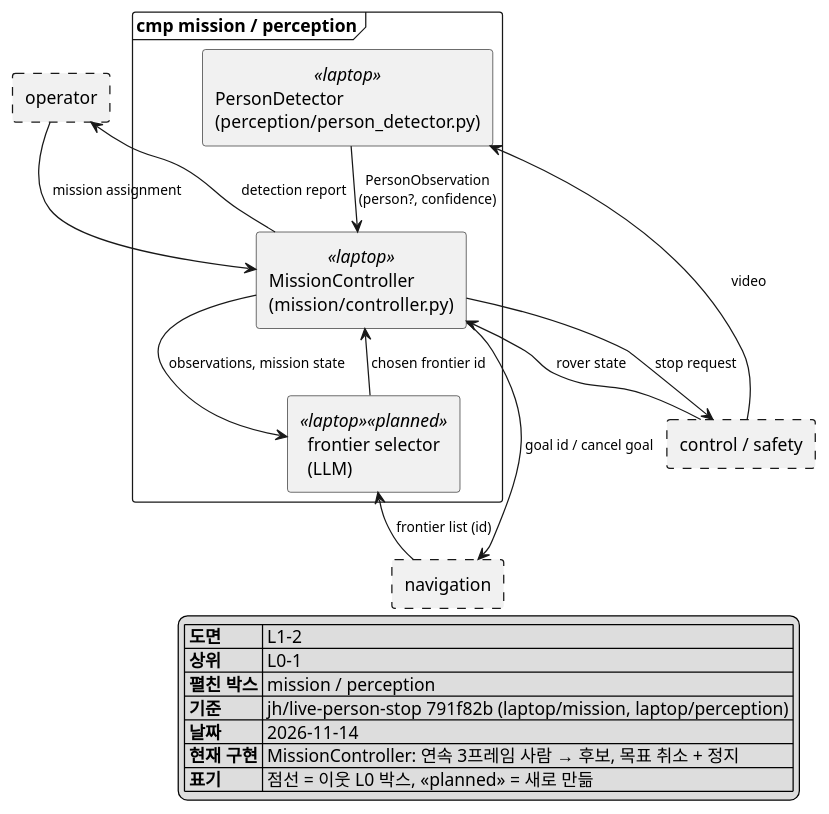
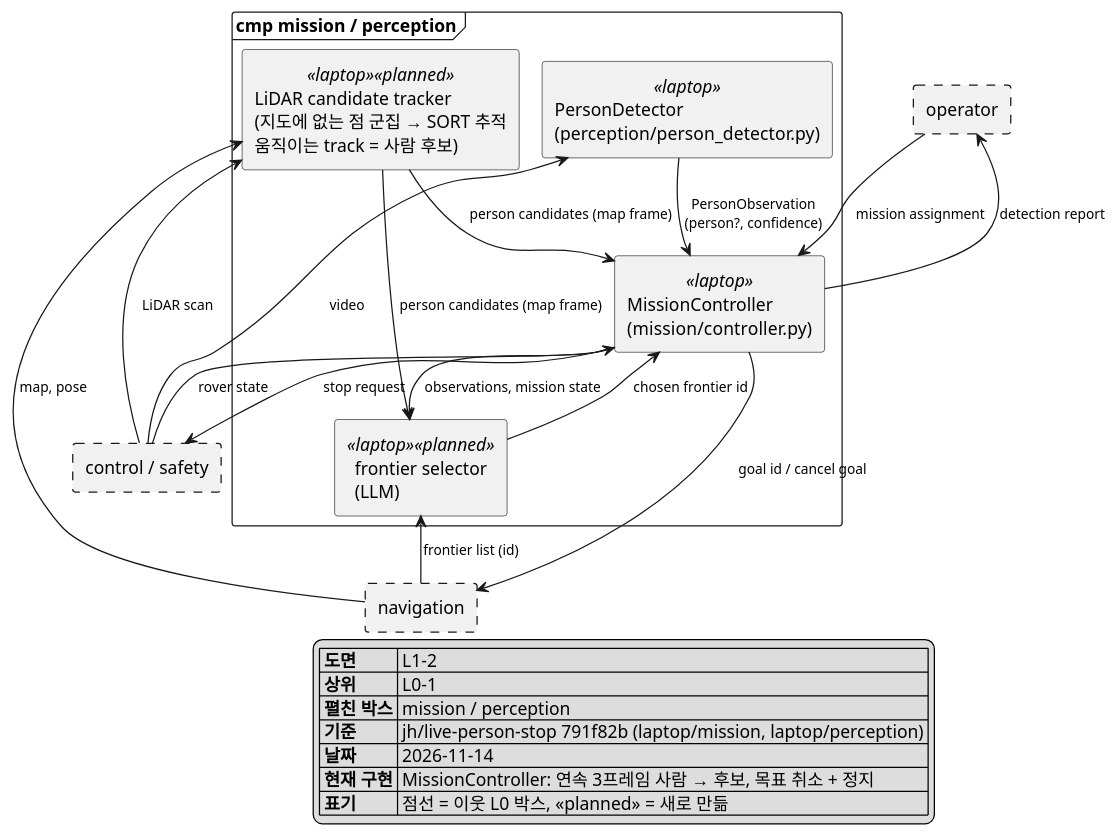
Before and after one commit to Ruysong/autonomous-rescue-rover: the diagram in docs/architecture/L1-2_mission_perception.puml, drawn with PlantUML. The commit also changed 8 other files, not shown here.

Commit message:
docs: add LiDAR person candidate tracker to perception

```diff
--- a/docs/architecture/L1-2_mission_perception.puml
+++ b/docs/architecture/L1-2_mission_perception.puml
@@ -1,43 +1,49 @@
 @startuml L1-2_mission_perception
 !pragma layout smetana
 skinparam monochrome true
 skinparam shadowing false
 skinparam defaultFontName "Malgun Gothic"
 skinparam componentStyle rectangle
 skinparam ArrowFontSize 11
 top to bottom direction
 
 rectangle "operator" as OPERATOR #line.dashed
 
 frame "cmp mission / perception" {
   component "PersonDetector\n(perception/person_detector.py)" <<laptop>> as DETECT
+  component "LiDAR candidate tracker\n(지도에 없는 점 군집 → SORT 추적\n움직이는 track = 사람 후보)" <<laptop>> <<planned>> as TRACKER
   component "MissionController\n(mission/controller.py)" <<laptop>> as MC
   component "frontier selector\n(LLM)" <<laptop>> <<planned>> as LLM
 }
 
 rectangle "navigation" as NAV #line.dashed
 rectangle "control / safety" as CONTROL #line.dashed
 
 OPERATOR --> MC : mission assignment
 MC -up-> OPERATOR : detection report
 
 CONTROL -up-> DETECT : video
 DETECT --> MC : PersonObservation\n(person?, confidence)
 CONTROL -up-> MC : rover state
+
+CONTROL -up-> TRACKER : LiDAR scan
+NAV -up-> TRACKER : map, pose
+TRACKER --> MC : person candidates (map frame)
+TRACKER --> LLM : person candidates (map frame)
 
 NAV -up-> LLM : frontier list (id)
 MC --> LLM : observations, mission state
 LLM --> MC : chosen frontier id
 MC --> NAV : goal id / cancel goal
 MC --> CONTROL : stop request
 
 legend bottom right
   |= 도면 | L1-2 |
   |= 상위 | L0-1 |
   |= 펼친 박스 | mission / perception |
   |= 기준 | jh/live-person-stop 791f82b (laptop/mission, laptop/perception) |
   |= 날짜 | 2026-11-14 |
   |= 현재 구현 | MissionController: 연속 3프레임 사람 → 후보, 목표 취소 + 정지 |
   |= 표기 | 점선 = 이웃 L0 박스, <<planned>> = 새로 만듦 |
 endlegend
 @enduml
```
